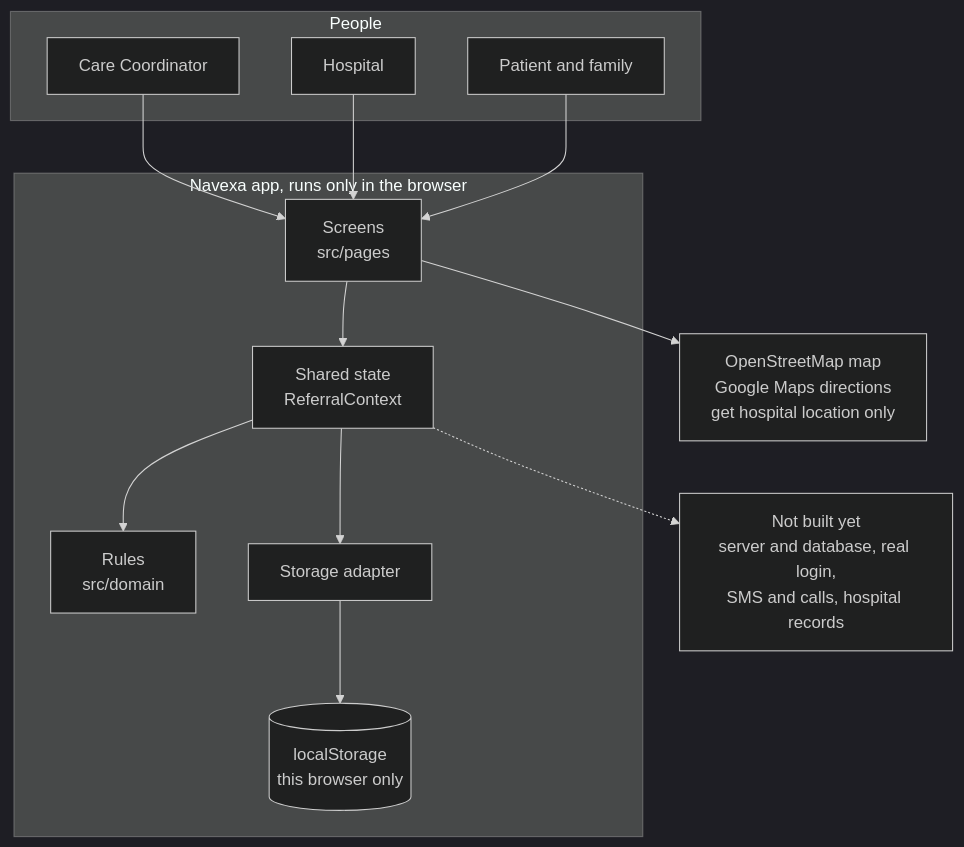
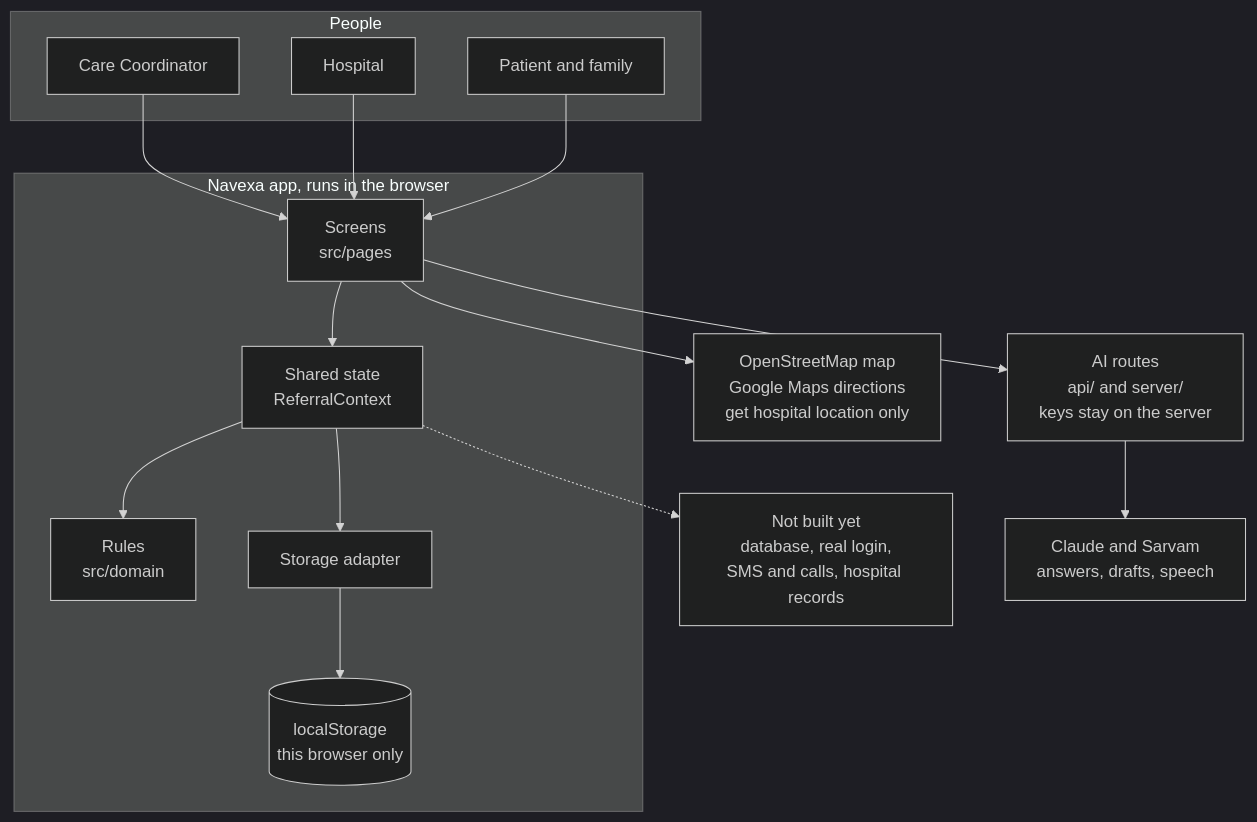
Before and after one commit to Shabnam852/health-a-thon: the diagram in docs/diagrams/01-system.mmd, drawn with Mermaid (dark theme). The commit also changed 129 other files, not shown here.

```diff
--- a/docs/diagrams/01-system.mmd
+++ b/docs/diagrams/01-system.mmd
@@ -1,29 +1,33 @@
 flowchart TD
   accTitle: System
-  accDescr: Coordinator, hospital and family use screens, which go through shared state to the rules and to localStorage. Screens send only hospital location to OpenStreetMap and Google Maps. Server, login, SMS and FHIR are not built.
+  accDescr: Coordinator, hospital and family use screens, which go through shared state to the rules and to localStorage. Screens send only hospital location to OpenStreetMap and Google Maps. The AI routes run on the server, which keeps the keys, and send what the user types, says or photographs to Claude and Sarvam. Database, real login, SMS and FHIR are not built.
   subgraph People
     C[Care Coordinator]
     H[Hospital]
     F[Patient and family]
   end
 
-  subgraph App["Navexa app, runs only in the browser"]
+  subgraph App["Navexa app, runs in the browser"]
     S["Screens<br/>src/pages"]
     X["Shared state<br/>ReferralContext"]
     W["Rules<br/>src/domain"]
     A["Storage adapter"]
     L[("localStorage<br/>this browser only")]
   end
 
+  R["AI routes<br/>api/ and server/<br/>keys stay on the server"]
+  AI["Claude and Sarvam<br/>answers, drafts, speech"]
   O["OpenStreetMap map<br/>Google Maps directions<br/>get hospital location only"]
-  M["Not built yet<br/>server and database, real login,<br/>SMS and calls, hospital records"]
+  M["Not built yet<br/>database, real login,<br/>SMS and calls, hospital records"]
 
   C --> S
   H --> S
   F --> S
   S --> X
   X --> W
   X --> A
   A --> L
   S --> O
+  S --> R
+  R --> AI
   X -.-> M
```
